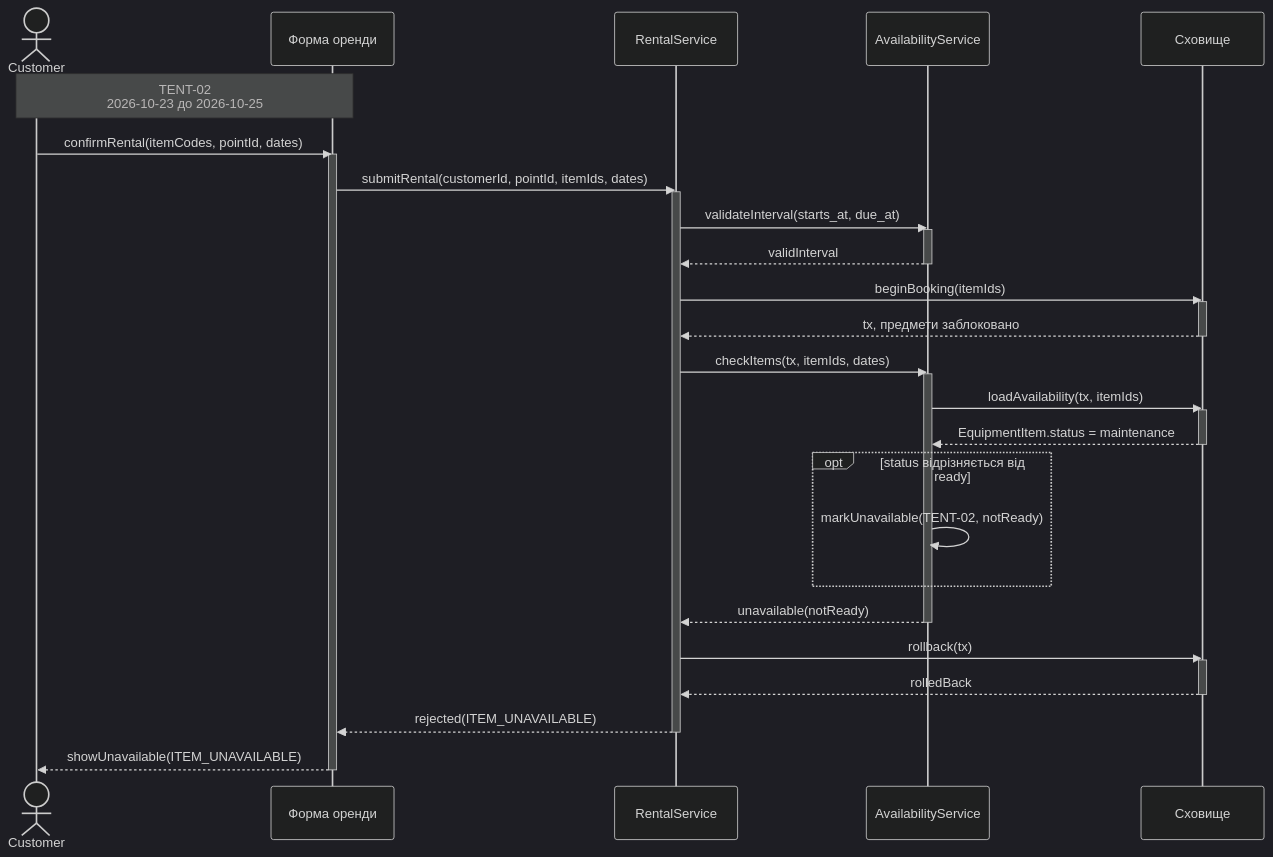
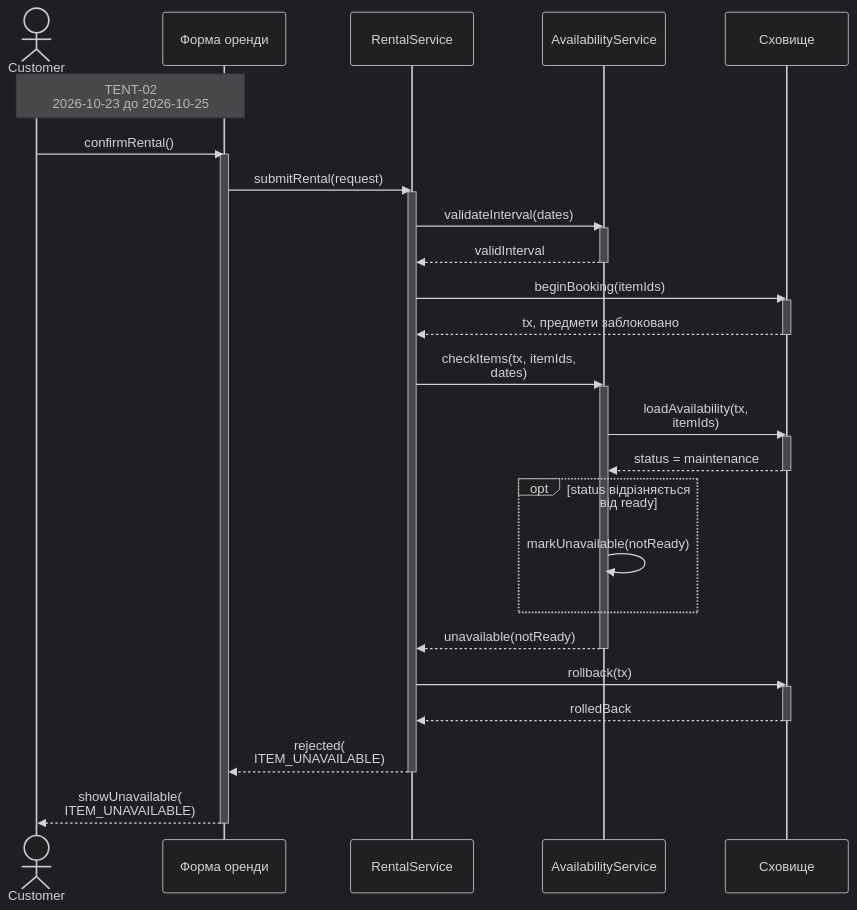
One commit to kirgafan/KPI_labs changed the third of 6 diagrams in Labs/lab-3/model.md. Above: the diagram before and after it, drawn with Mermaid (dark theme). The commit also changed other lines of this file and 2 other files, not shown here.

Commit message:
refactor(lab-3): shorten sequence labels and clarify render criteria

````diff
--- a/Labs/lab-3/model.md
+++ b/Labs/lab-3/model.md
@@ -110,40 +110,40 @@
 ```mermaid
 sequenceDiagram
     actor C as Customer
     participant U as Форма оренди
     participant R as RentalService
     participant A as AvailabilityService
     participant S as Сховище
     Note over C,U: TENT-02<br/>2026-10-23 до 2026-10-25
-    C->>U: confirmRental(itemCodes, pointId, dates)
+    C->>U: confirmRental()
     activate U
-    U->>R: submitRental(customerId, pointId, itemIds, dates)
+    U->>R: submitRental(request)
     activate R
-    R->>A: validateInterval(starts_at, due_at)
+    R->>A: validateInterval(dates)
     activate A
     A-->>R: validInterval
     deactivate A
     R->>S: beginBooking(itemIds)
     activate S
     S-->>R: tx, предмети заблоковано
     deactivate S
-    R->>A: checkItems(tx, itemIds, dates)
+    R->>A: checkItems(tx, itemIds,<br/>dates)
     activate A
-    A->>S: loadAvailability(tx, itemIds)
+    A->>S: loadAvailability(tx,<br/>itemIds)
     activate S
-    S-->>A: EquipmentItem.status = maintenance
+    S-->>A: status = maintenance
     deactivate S
     opt status відрізняється від ready
-        A->>A: markUnavailable(TENT-02, notReady)
+        A->>A: markUnavailable(notReady)
     end
     A-->>R: unavailable(notReady)
     deactivate A
     R->>S: rollback(tx)
     activate S
     S-->>R: rolledBack
     deactivate S
-    R-->>U: rejected(ITEM_UNAVAILABLE)
+    R-->>U: rejected(<br/>ITEM_UNAVAILABLE)
     deactivate R
-    U-->>C: showUnavailable(ITEM_UNAVAILABLE)
+    U-->>C: showUnavailable(<br/>ITEM_UNAVAILABLE)
     deactivate U
 ```
````
